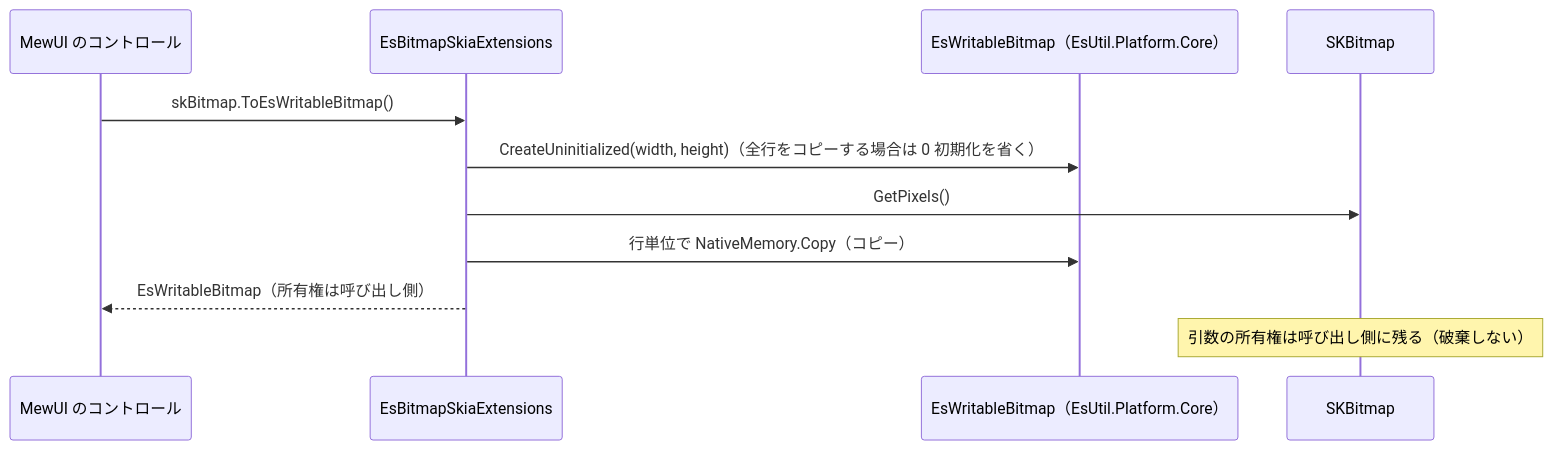
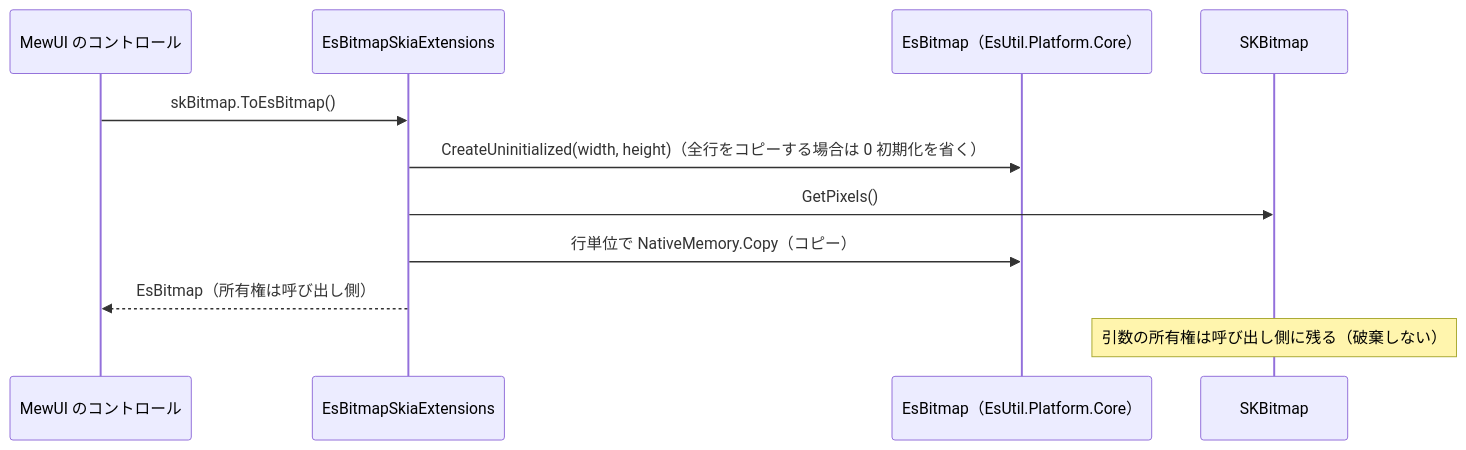
Before and after one commit to tomokuni/SaveEvidence: the fourth of 4 diagrams in src/Platform.Skia/docs/SPEC_System.md, drawn with Mermaid. The commit also changed other lines of this file and 41 other files, not shown here.

````diff
--- a/src/Platform.Skia/docs/SPEC_System.md
+++ b/src/Platform.Skia/docs/SPEC_System.md
@@ -141,14 +141,14 @@
 ```mermaid
 sequenceDiagram
   participant UI as MewUI のコントロール
   participant E as EsBitmapSkiaExtensions
-  participant Core as EsWritableBitmap（EsUtil.Platform.Core）
+  participant Core as EsBitmap（EsUtil.Platform.Core）
   participant SK as SKBitmap
 
-  UI->>E: skBitmap.ToEsWritableBitmap()
+  UI->>E: skBitmap.ToEsBitmap()
   E->>Core: CreateUninitialized(width, height)（全行をコピーする場合は 0 初期化を省く）
   E->>SK: GetPixels()
   E->>Core: 行単位で NativeMemory.Copy（コピー）
-  E-->>UI: EsWritableBitmap（所有権は呼び出し側）
+  E-->>UI: EsBitmap（所有権は呼び出し側）
   Note over SK: 引数の所有権は呼び出し側に残る（破棄しない）
 ```
````
